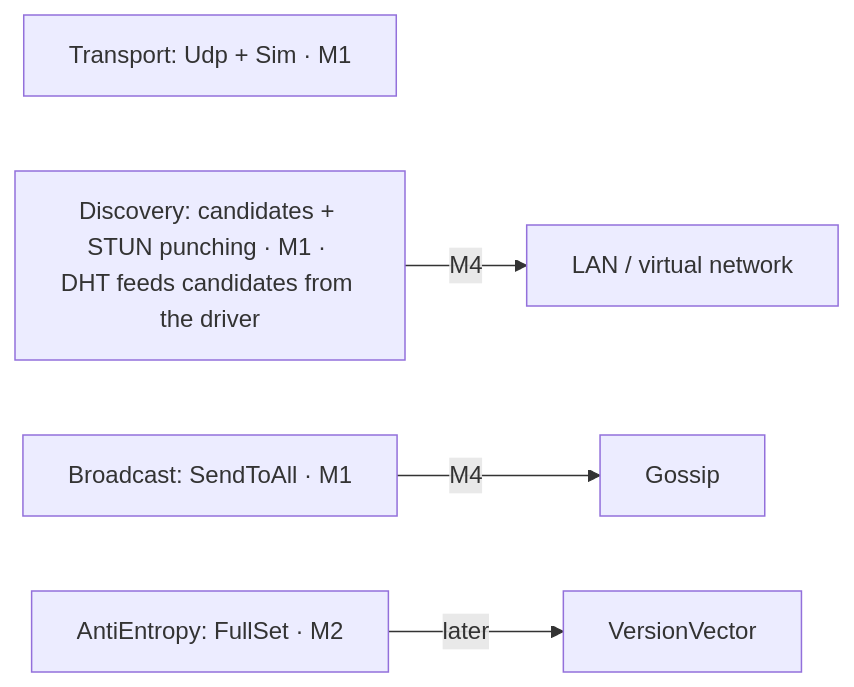
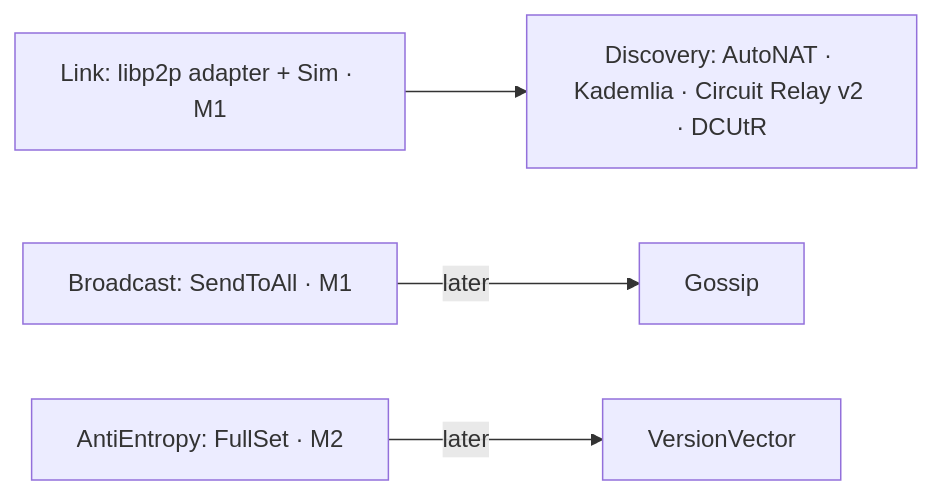
One commit to Student-Team-Projects/Most-Overkilled-Whiteboard-for-ArchLinux changed the second of 3 diagrams in docs/architecture.md. Above: the diagram before and after it, drawn with Mermaid. The commit also changed other lines of this file and 28 other files, not shown here.

First line of the commit message:
ADR 0032: Link seam over libp2p, network docs rewritten

````diff
--- a/docs/architecture.md
+++ b/docs/architecture.md
@@ -39,7 +20,8 @@
 ```mermaid
 flowchart LR
-    tr["Transport: Udp + Sim · M1"]
-    di0["Discovery: candidates + STUN punching · M1 · DHT feeds candidates from the driver"] -->|M4| di1["LAN / virtual network"]
-    br0["Broadcast: SendToAll · M1"] -->|M4| br1["Gossip"]
-    ae0["AntiEntropy: FullSet · M2"] -->|later| ae1["VersionVector"]
+    link["Link: libp2p adapter + Sim · M1"]
+    disc["Discovery: AutoNAT · Kademlia · Circuit Relay v2 · DCUtR"]
+    bc["Broadcast: SendToAll · M1"] -->|later| gossip["Gossip"]
+    ae["AntiEntropy: FullSet · M2"] -->|later| vv["VersionVector"]
+    link --> disc
 ```
````
